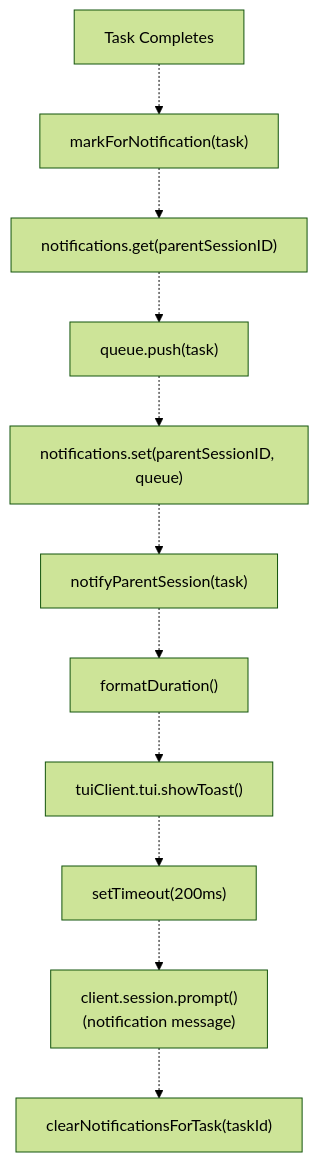
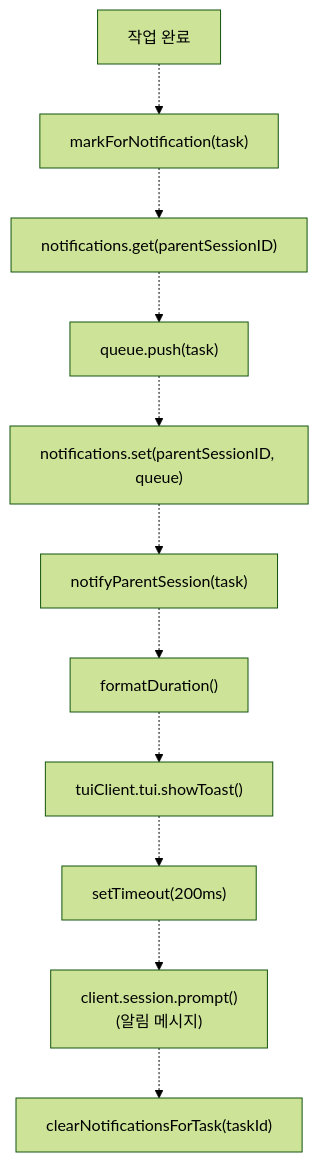
The seventh of 8 diagrams in docs/background-execution/background-manager.md (felipetruman/oh-my-opencode-docs), drawn with Mermaid (forest theme) before and after one commit. The commit also changed other lines of this file and 76 other files, not shown here.

````diff
--- a/docs/background-execution/background-manager.md
+++ b/docs/background-execution/background-manager.md
@@ -334,26 +334,26 @@
 ```mermaid
 flowchart TD
 
-TaskComplete["Task Completes"]
+TaskComplete["작업 완료"]
 MarkNotif["markForNotification(task)"]
 Queue["notifications.get(parentSessionID)"]
 Push["queue.push(task)"]
 Set["notifications.set(parentSessionID, queue)"]
 NotifyParent["notifyParentSession(task)"]
 FormatDuration["formatDuration()"]
 ShowToast["tuiClient.tui.showToast()"]
 Delay["setTimeout(200ms)"]
-Prompt["client.session.prompt()<br>(notification message)"]
+Prompt["client.session.prompt()<br>(알림 메시지)"]
 Clear["clearNotificationsForTask(taskId)"]
 
 TaskComplete -.-> MarkNotif
 MarkNotif -.-> Queue
 Queue -.-> Push
 Push -.-> Set
 Set -.-> NotifyParent
 NotifyParent -.-> FormatDuration
 FormatDuration -.-> ShowToast
 ShowToast -.-> Delay
 Delay -.-> Prompt
 Prompt -.-> Clear
 ```
````
